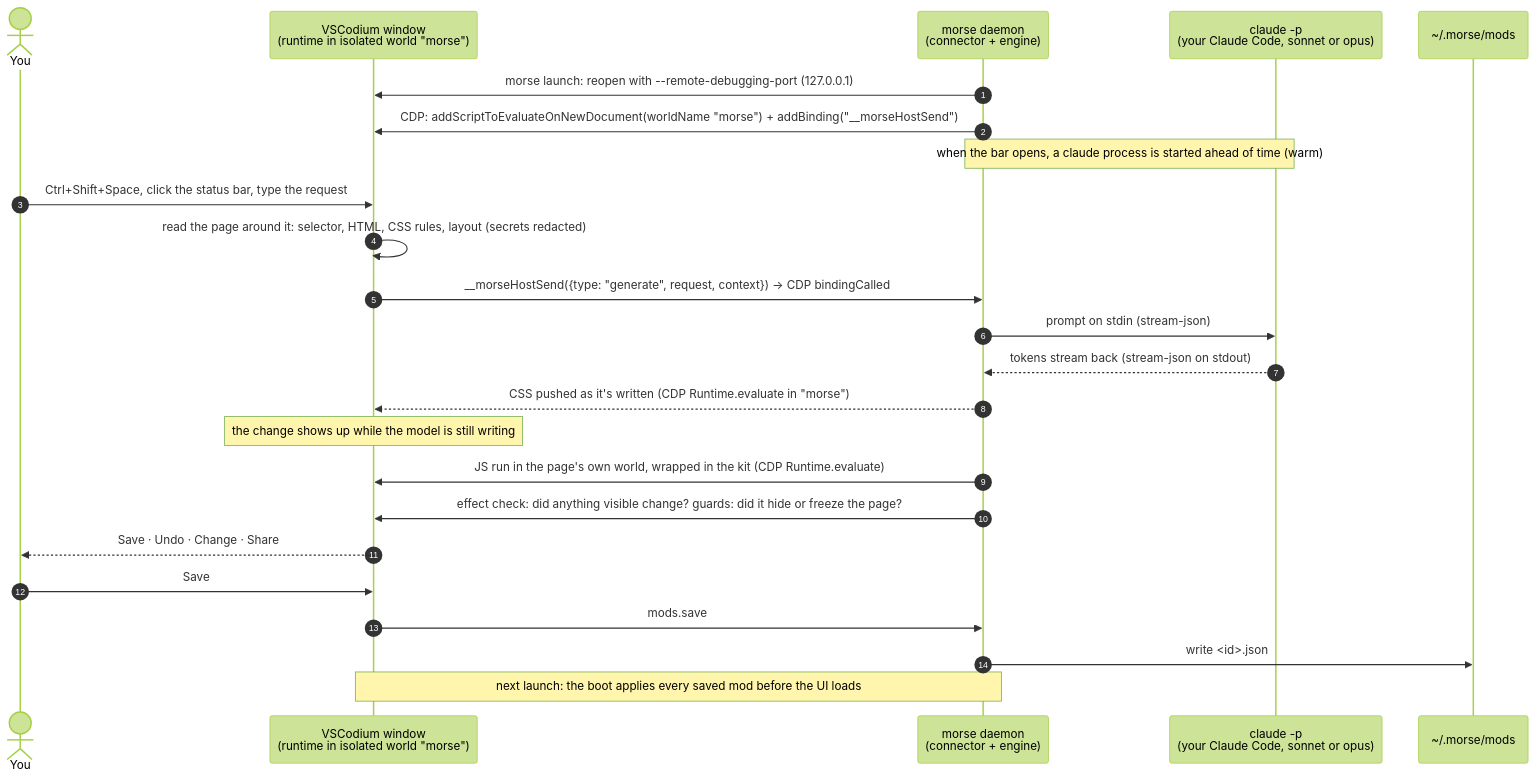
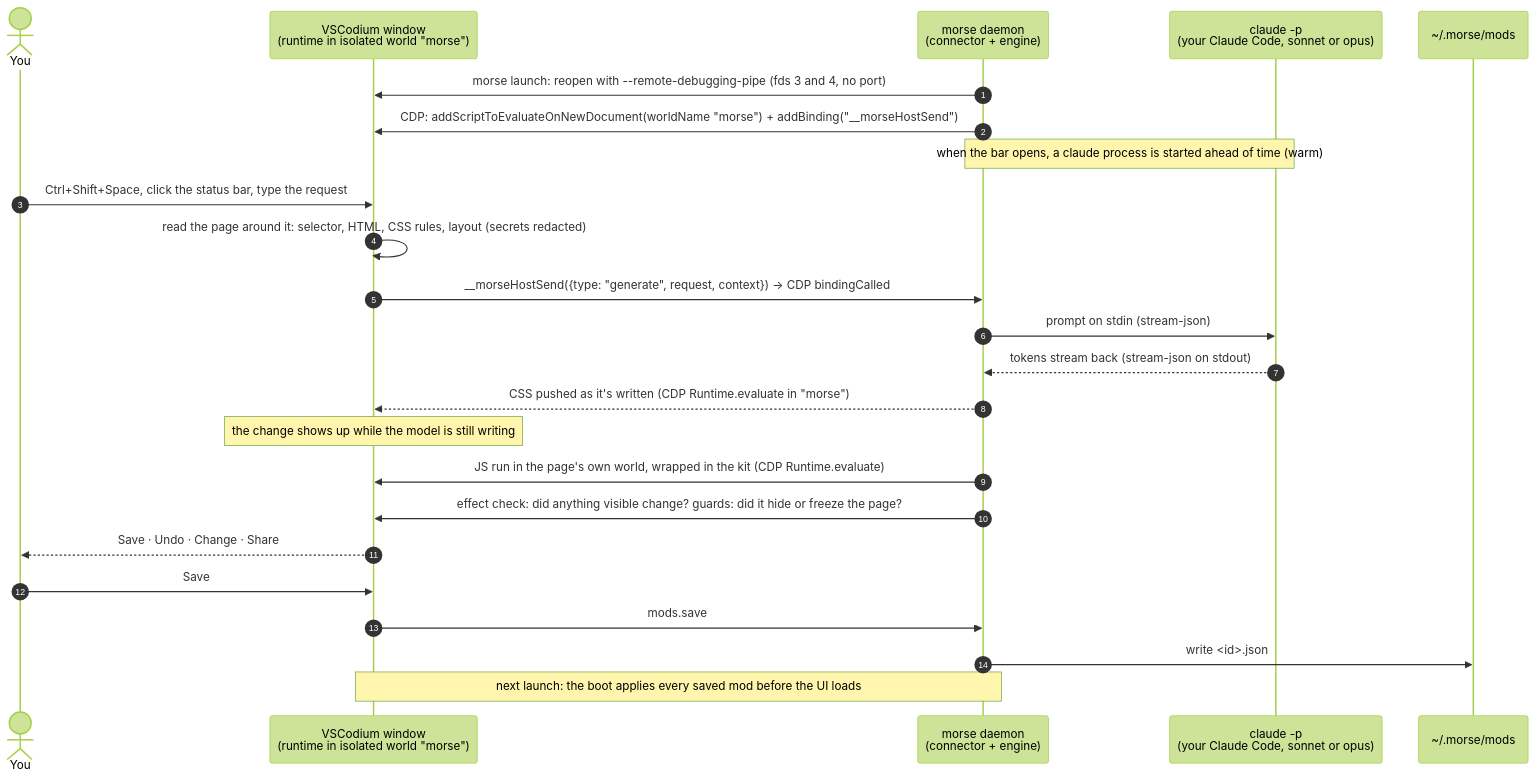
One commit to sam-siavoshian/Morse changed the first of 2 diagrams in docs/dev/how-it-works.md. Above: the diagram before and after it, drawn with Mermaid (forest theme). The commit also changed other lines of this file and 26 other files, not shown here.

````diff
--- a/docs/dev/how-it-works.md
+++ b/docs/dev/how-it-works.md
@@ -27,27 +27,27 @@
 ```mermaid
 sequenceDiagram
     autonumber
     actor You
     participant App as VSCodium window<br/>(runtime in isolated world "morse")
     participant D as morse daemon<br/>(connector + engine)
     participant CC as claude -p<br/>(your Claude Code, sonnet or opus)
     participant Disk as ~/.morse/mods
 
-    D->>App: morse launch: reopen with --remote-debugging-port (127.0.0.1)
+    D->>App: morse launch: reopen with --remote-debugging-pipe (fds 3 and 4, no port)
     D->>App: CDP: addScriptToEvaluateOnNewDocument(worldName "morse") + addBinding("__morseHostSend")
     Note over D,CC: when the bar opens, a claude process is started ahead of time (warm)
     You->>App: Ctrl+Shift+Space, click the status bar, type the request
     App->>App: read the page around it: selector, HTML, CSS rules, layout (secrets redacted)
     App->>D: __morseHostSend({type: "generate", request, context}) → CDP bindingCalled
     D->>CC: prompt on stdin (stream-json)
     CC-->>D: tokens stream back (stream-json on stdout)
     D-->>App: CSS pushed as it's written (CDP Runtime.evaluate in "morse")
     Note over App: the change shows up while the model is still writing
     D->>App: JS run in the page's own world, wrapped in the kit (CDP Runtime.evaluate)
     D->>App: effect check: did anything visible change? guards: did it hide or freeze the page?
     App-->>You: Save · Undo · Change · Share
     You->>App: Save
     App->>D: mods.save
     D->>Disk: write <id>.json
     Note over D,App: next launch: the boot applies every saved mod before the UI loads
 ```
````
